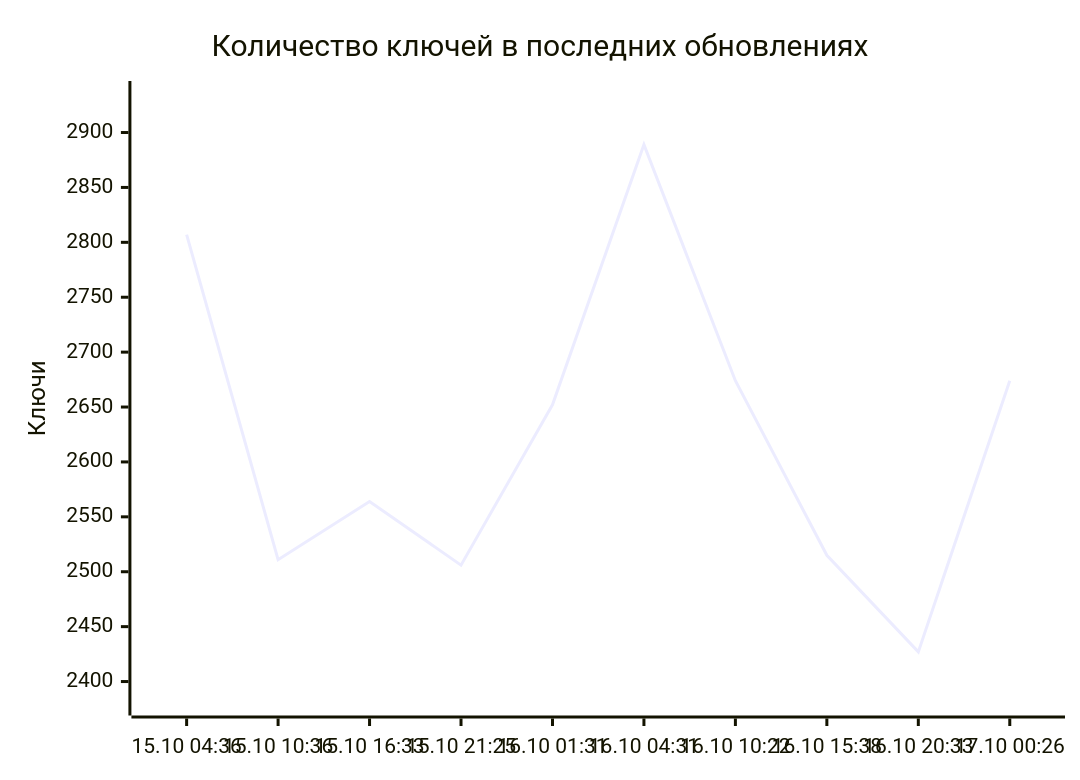
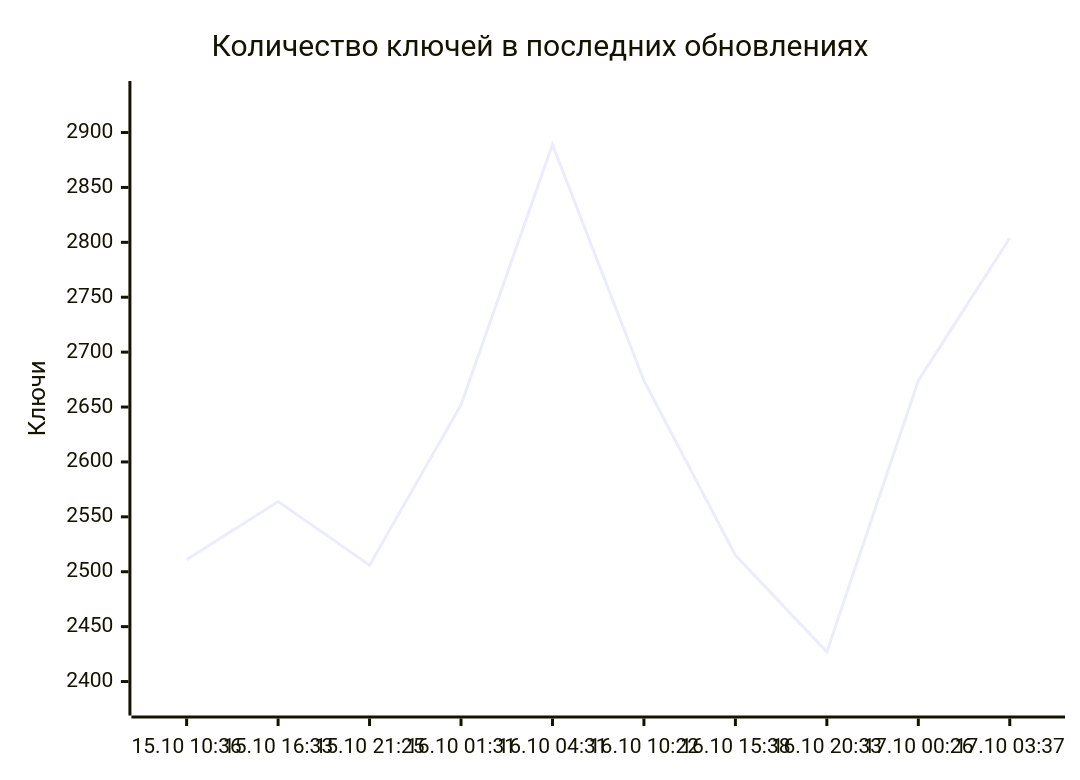
One commit to markKikhtenko/WireVeil changed the diagram in README.md. Above: the diagram before and after it, drawn with Mermaid. The commit also changed other lines of this file and 12 other files, not shown here.

````diff
--- a/README.md
+++ b/README.md
@@ -55,7 +55,7 @@
 ```mermaid
 xychart-beta
     title "Количество ключей в последних обновлениях"
-    x-axis ["15.10 04:36", "15.10 10:36", "15.10 16:33", "15.10 21:25", "16.10 01:31", "16.10 04:31", "16.10 10:22", "16.10 15:38", "16.10 20:33", "17.10 00:26"]
+    x-axis ["15.10 10:36", "15.10 16:33", "15.10 21:25", "16.10 01:31", "16.10 04:31", "16.10 10:22", "16.10 15:38", "16.10 20:33", "17.10 00:26", "17.10 03:37"]
     y-axis "Ключи" 2380 --> 2936
-    line [2807, 2511, 2564, 2506, 2652, 2889, 2674, 2515, 2427, 2674]
+    line [2511, 2564, 2506, 2652, 2889, 2674, 2515, 2427, 2674, 2804]
 ```
````
